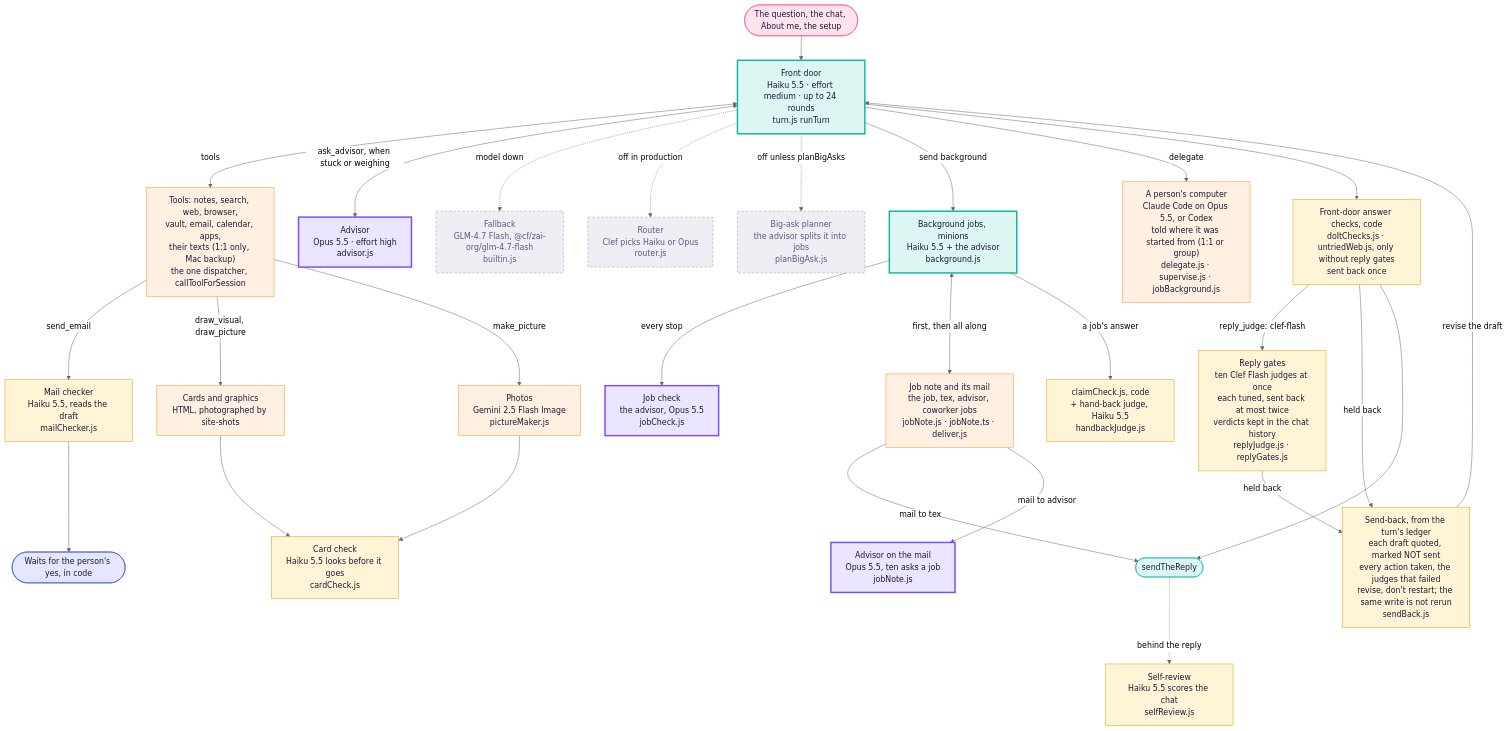
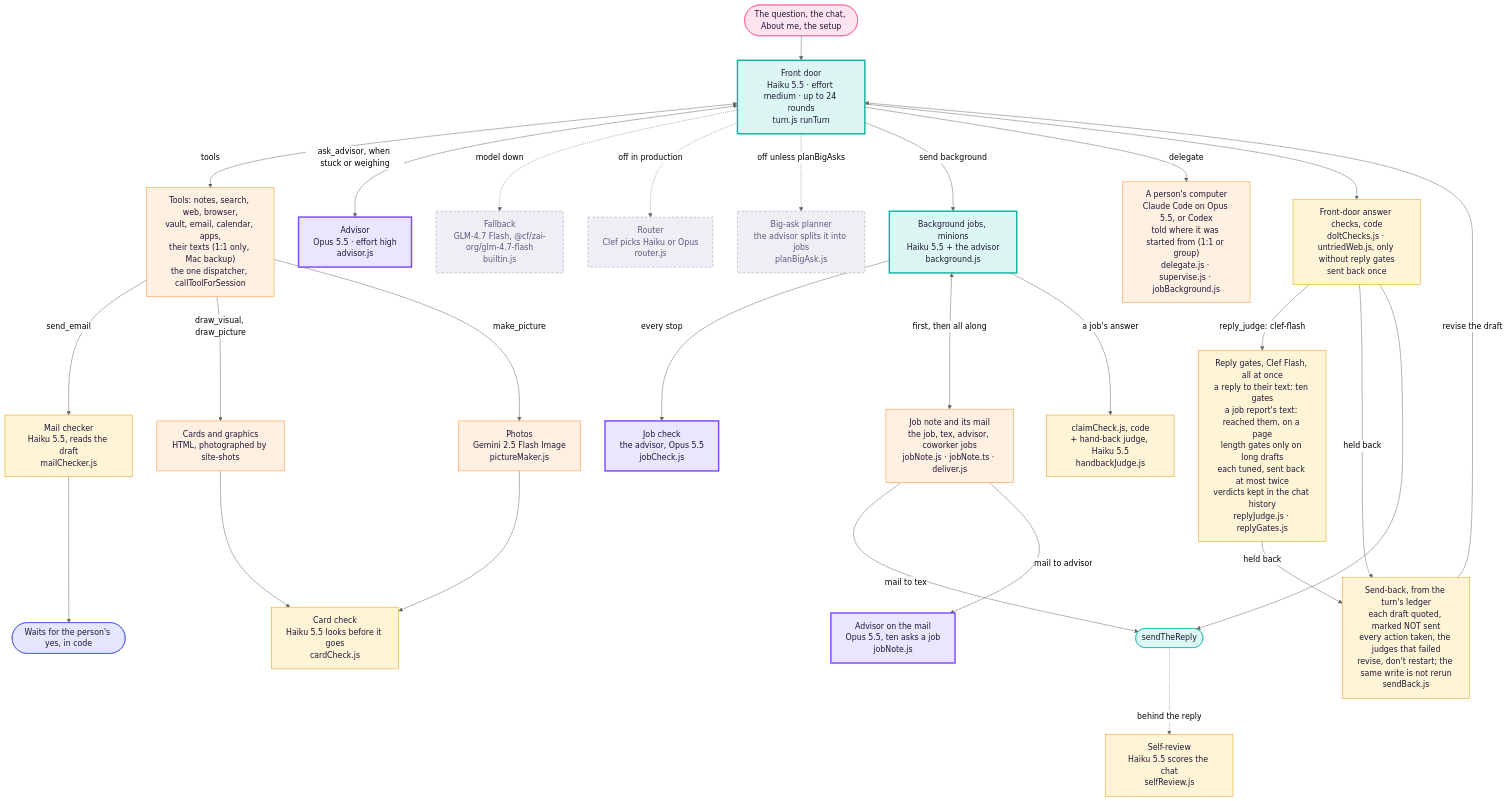
Before and after one commit to Supa-Media/context: the third of 3 diagrams in docs/architecture/tex.md, drawn with Mermaid (neutral theme). The commit also changed other lines of this file and 14 other files, not shown here.

First line of the commit message:
Judge job reports with their own gates; short_and_clean only on long drafts (#3066)

````diff
--- a/docs/architecture/tex.md
+++ b/docs/architecture/tex.md
@@ -111,42 +111,42 @@
 ```mermaid
 flowchart TB
   Q([The question, the chat, About me, the setup]):::you --> FD
   FD["Front door<br/>Haiku 5.5 · effort medium · up to 24 rounds<br/>turn.js runTurn"]:::haiku
   FD <-->|tools| T["Tools: notes, search, web, browser,<br/>vault, email, calendar, apps,<br/>their texts (1:1 only, Mac backup)<br/>the one dispatcher, callToolForSession"]:::tool
   FD <-->|ask_advisor, when stuck or weighing| ADV["Advisor<br/>Opus 5.5 · effort high<br/>advisor.js"]:::opus
   FD -. model down .-> FB["Fallback<br/>GLM-4.7 Flash, @cf/zai-org/glm-4.7-flash<br/>builtin.js"]:::off
   FD -. off in production .-> RT["Router<br/>Clef picks Haiku or Opus<br/>router.js"]:::off
   FD -. off unless planBigAsks .-> PL["Big-ask planner<br/>the advisor splits it into jobs<br/>planBigAsk.js"]:::off
 
   FD -->|send background| JOB["Background jobs, minions<br/>Haiku 5.5 + the advisor<br/>background.js"]:::haiku
   JOB -->|every stop| JC["Job check<br/>the advisor, Opus 5.5<br/>jobCheck.js"]:::opus
   JOB <-->|first, then all along| JN["Job note and its mail<br/>the job, tex, advisor, coworker jobs<br/>jobNote.js · jobNote.ts · deliver.js"]:::tool
   JN -->|mail to tex| SEND
   JN -->|mail to advisor| JNA["Advisor on the mail<br/>Opus 5.5, ten asks a job<br/>jobNote.js"]:::opus
   JOB -->|a job's answer| JCK["claimCheck.js, code<br/>+ hand-back judge, Haiku 5.5<br/>handbackJudge.js"]:::judge
   FD -->|delegate| DL["A person's computer<br/>Claude Code on Opus 5.5, or Codex<br/>told where it was started from (1:1 or group)<br/>delegate.js · supervise.js · jobBackground.js"]:::tool
 
   T -->|send_email| MC["Mail checker<br/>Haiku 5.5, reads the draft<br/>mailChecker.js"]:::judge
   MC --> YES([Waits for the person's yes, in code]):::rail
   T -->|draw_visual, draw_picture| PIC["Cards and graphics<br/>HTML, photographed by site-shots"]:::tool
   T -->|make_picture| IMG["Photos<br/>Gemini 2.5 Flash Image<br/>pictureMaker.js"]:::tool
   PIC --> CC["Card check<br/>Haiku 5.5 looks before it goes<br/>cardCheck.js"]:::judge
   IMG --> CC
 
   FD --> CHK["Front-door answer checks, code<br/>doItChecks.js · untriedWeb.js, only without reply gates<br/>sent back once"]:::judge
-  CHK -->|reply_judge: clef-flash| RJ["Reply gates<br/>ten Clef Flash judges at once<br/>each tuned, sent back at most twice<br/>verdicts kept in the chat history<br/>replyJudge.js · replyGates.js"]:::judge
+  CHK -->|reply_judge: clef-flash| RJ["Reply gates, Clef Flash, all at once<br/>a reply to their text: ten gates<br/>a job report's text: reached them, on a page<br/>length gates only on long drafts<br/>each tuned, sent back at most twice<br/>verdicts kept in the chat history<br/>replyJudge.js · replyGates.js"]:::judge
   CHK -->|held back| SB["Send-back, from the turn's ledger<br/>each draft quoted, marked NOT sent<br/>every action taken, the judges that failed<br/>revise, don't restart; the same write is not rerun<br/>sendBack.js"]:::judge
   RJ -->|held back| SB
   SB -->|revise the draft| FD
   CHK --> SEND([sendTheReply]):::door
   SEND -. behind the reply .-> SR["Self-review<br/>Haiku 5.5 scores the chat<br/>selfReview.js"]:::judge
 
   classDef you fill:#ffe3ee,stroke:#ff4f8b,color:#1d1838
   classDef haiku fill:#dcf7f3,stroke:#11b5a4,stroke-width:3px,color:#1d1838
   classDef opus fill:#ece5ff,stroke:#7b4dff,stroke-width:3px,color:#1d1838
   classDef judge fill:#fff5d6,stroke:#e09a00,color:#1d1838
   classDef tool fill:#fff0e2,stroke:#ff8a2a,color:#1d1838
   classDef rail fill:#e4e7ff,stroke:#3c4bd6,color:#1d1838
   classDef door fill:#dcf7f3,stroke:#11b5a4,color:#1d1838
   classDef off fill:#efeef4,stroke:#9a97b0,stroke-dasharray:5 4,color:#5d5880
 ```
````
